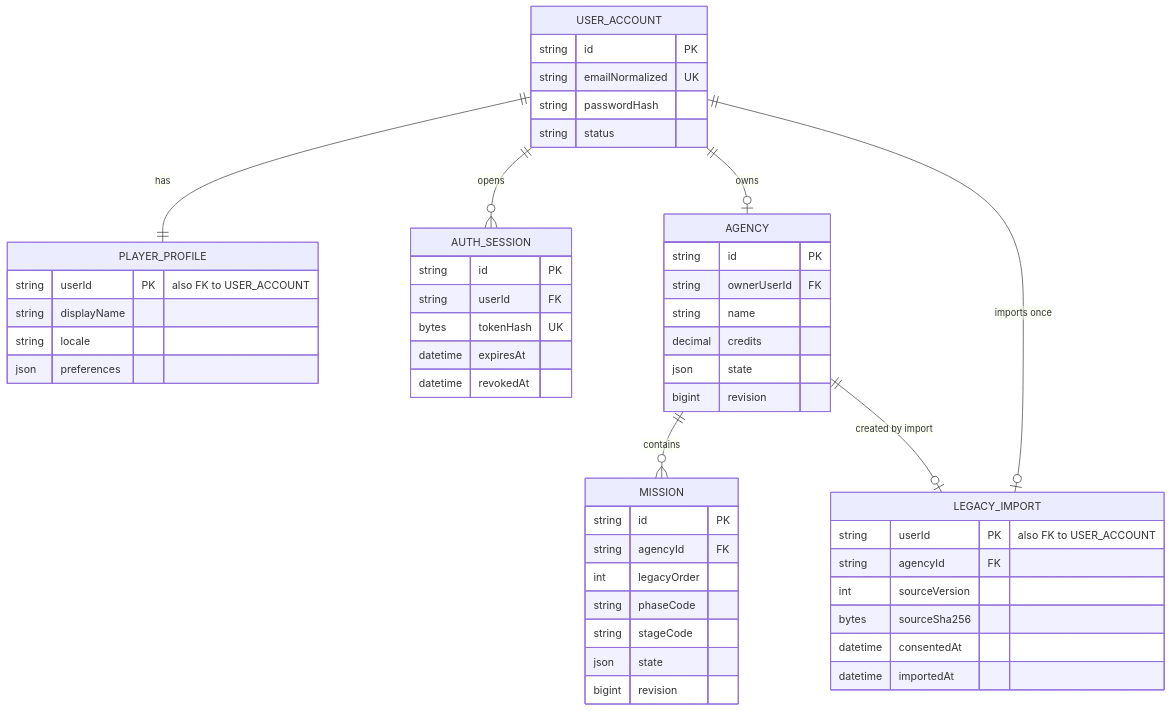
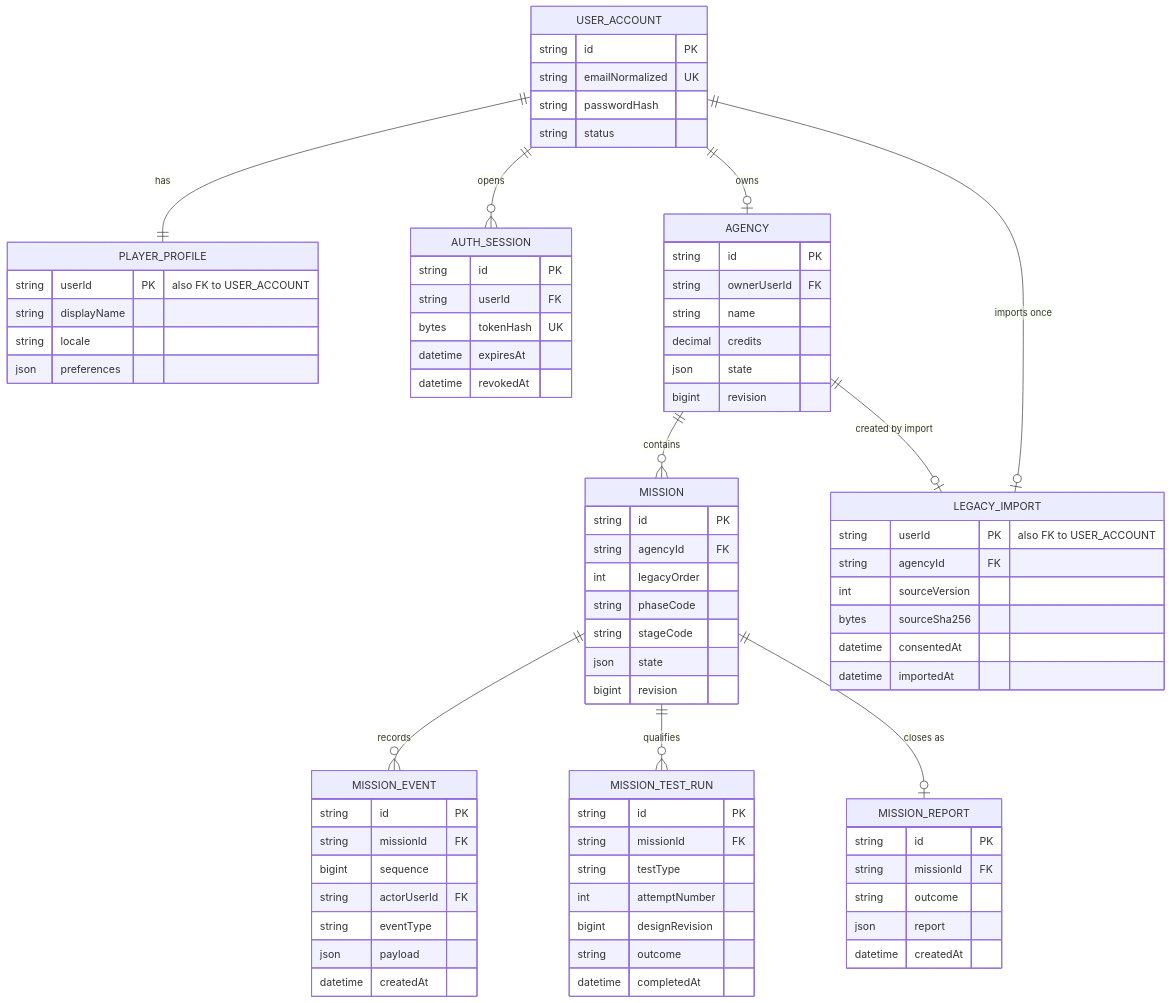
One commit to NASA-SPACEAPP-2026/Space-Mission-Design-Game changed the diagram in .github/modernize/rearchitecture/artifacts/t4-dba.md. Above: the diagram before and after it, drawn with Mermaid. The commit also changed other lines of this file, not shown here.

Commit message:
feat: Expand MySQL persistence schema with mission events, test runs, and reports for enhanced mission tracking

````diff
--- a/.github/modernize/rearchitecture/artifacts/t4-dba.md
+++ b/.github/modernize/rearchitecture/artifacts/t4-dba.md
@@ -36,53 +41,81 @@
 ```mermaid
 erDiagram
     USER_ACCOUNT ||--|| PLAYER_PROFILE : "has"
     USER_ACCOUNT ||--o{ AUTH_SESSION : "opens"
     USER_ACCOUNT ||--o| AGENCY : "owns"
     AGENCY ||--o{ MISSION : "contains"
+    MISSION ||--o{ MISSION_EVENT : "records"
+    MISSION ||--o{ MISSION_TEST_RUN : "qualifies"
+    MISSION ||--o| MISSION_REPORT : "closes as"
     USER_ACCOUNT ||--o| LEGACY_IMPORT : "imports once"
     AGENCY ||--o| LEGACY_IMPORT : "created by import"
     USER_ACCOUNT {
         string id PK
         string emailNormalized UK
         string passwordHash
         string status
     }
     PLAYER_PROFILE {
         string userId PK "also FK to USER_ACCOUNT"
         string displayName
         string locale
         json preferences
     }
     AUTH_SESSION {
         string id PK
         string userId FK
         bytes tokenHash UK
         datetime expiresAt
         datetime revokedAt
     }
     AGENCY {
         string id PK
         string ownerUserId FK
         string name
         decimal credits
         json state
         bigint revision
     }
     MISSION {
         string id PK
         string agencyId FK
         int legacyOrder
         string phaseCode
         string stageCode
         json state
         bigint revision
     }
+    MISSION_EVENT {
+        string id PK
+        string missionId FK
+        bigint sequence
+        string actorUserId FK
+        string eventType
+        json payload
+        datetime createdAt
+    }
+    MISSION_TEST_RUN {
+        string id PK
+        string missionId FK
+        string testType
+        int attemptNumber
+        bigint designRevision
+        string outcome
+        datetime completedAt
+    }
+    MISSION_REPORT {
+        string id PK
+        string missionId FK
+        string outcome
+        json report
+        datetime createdAt
+    }
     LEGACY_IMPORT {
         string userId PK "also FK to USER_ACCOUNT"
         string agencyId FK
         int sourceVersion
         bytes sourceSha256
         datetime consentedAt
         datetime importedAt
     }
 ```
````
